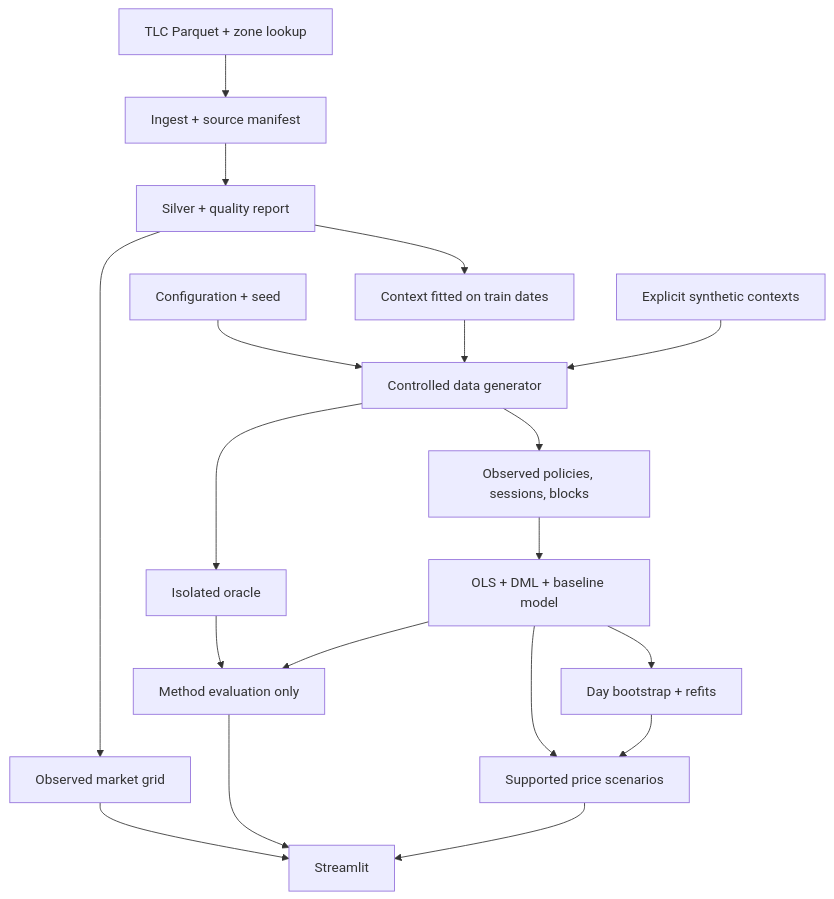
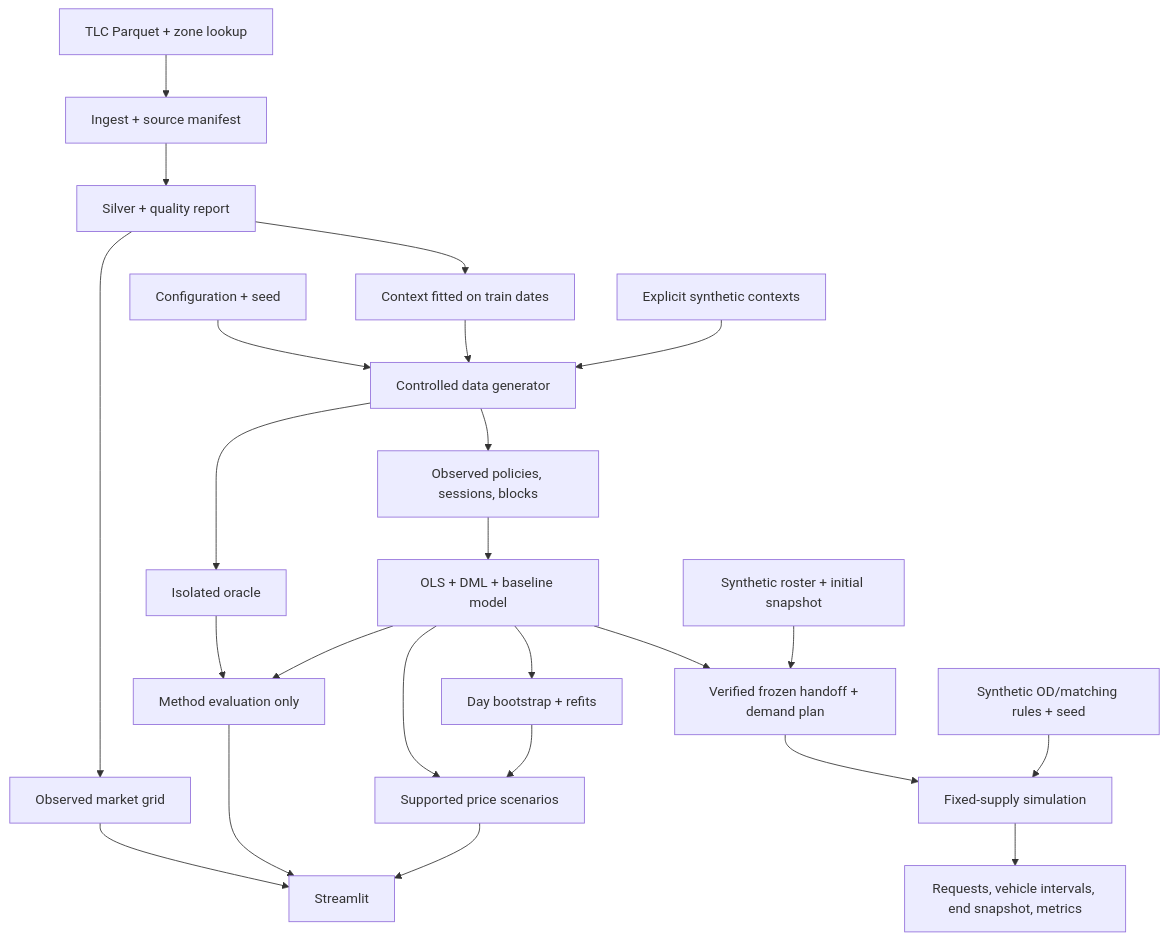
The diagram in docs/ARCHITECTURE.md (Muscar1a/gsm-ride-hailing), drawn with Mermaid before and after one commit. The commit also changed other lines of this file and 24 other files, not shown here.

First line of the commit message:
feat: implement Week 3 demand preparation and fixed-supply marketplace simulation

````diff
--- a/docs/ARCHITECTURE.md
+++ b/docs/ARCHITECTURE.md
@@ -34,21 +36,26 @@
 ```mermaid
 flowchart TD
   TLC[TLC Parquet + zone lookup] --> Ingest[Ingest + source manifest]
   Ingest --> Silver[Silver + quality report]
   Silver --> Mart[Observed market grid]
   Silver --> Context[Context fitted on train dates]
   Config[Configuration + seed] --> Generate[Controlled data generator]
   Context --> Generate
   Offline[Explicit synthetic contexts] --> Generate
   Generate --> Observed[Observed policies, sessions, blocks]
   Generate --> Oracle[Isolated oracle]
   Observed --> Fit[OLS + DML + baseline model]
   Fit --> Bootstrap[Day bootstrap + refits]
   Fit --> Scenario[Supported price scenarios]
+  Fit --> Demand[Verified frozen handoff + demand plan]
+  Snapshot[Synthetic roster + initial snapshot] --> Demand
+  Demand --> Simulate[Fixed-supply simulation]
+  Rules[Synthetic OD/matching rules + seed] --> Simulate
+  Simulate --> Trajectories[Requests, vehicle intervals, end snapshot, metrics]
   Bootstrap --> Scenario
   Oracle --> Evaluate[Method evaluation only]
   Fit --> Evaluate
   Mart --> UI[Streamlit]
   Evaluate --> UI
   Scenario --> UI
 ```
````
